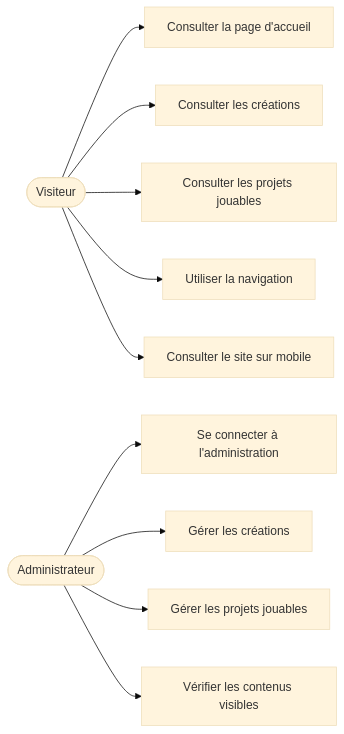
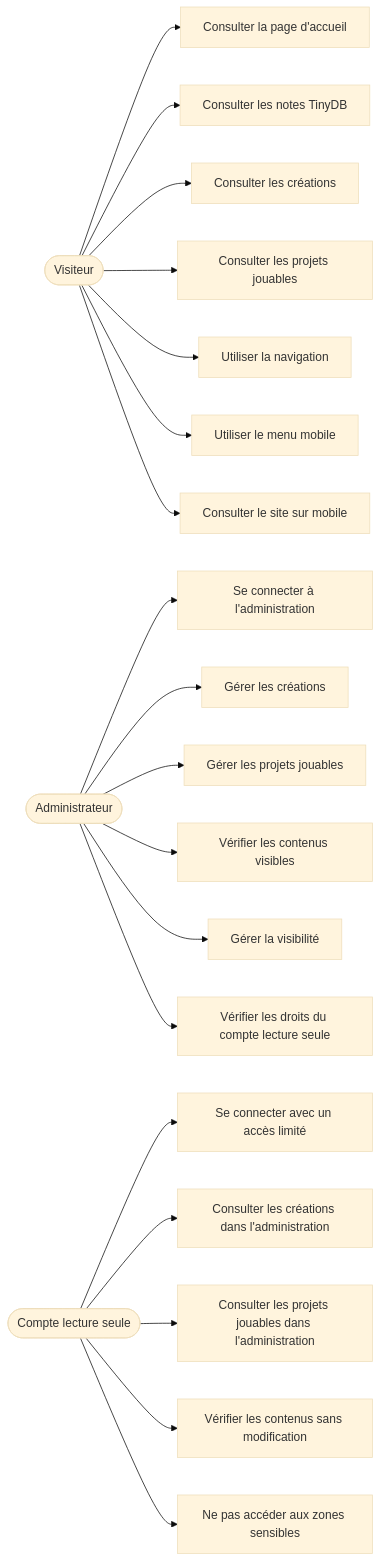
The diagram in docs/conception/cas-utilisation.md (Zero1366/frostia-games), drawn with Mermaid (base theme) before and after one commit. The commit also changed other lines of this file and 15 other files, not shown here.

````diff
--- a/docs/conception/cas-utilisation.md
+++ b/docs/conception/cas-utilisation.md
@@ -54,27 +90,48 @@
 ```mermaid
 flowchart LR
     Visiteur([Visiteur])
     Admin([Administrateur])
+    LectureSeule([Compte lecture seule])
 
     UC1[Consulter la page d'accueil]
-    UC2[Consulter les créations]
-    UC3[Consulter les projets jouables]
-    UC4[Utiliser la navigation]
-    UC5[Consulter le site sur mobile]
+    UC2[Consulter les notes TinyDB]
+    UC3[Consulter les créations]
+    UC4[Consulter les projets jouables]
+    UC5[Utiliser la navigation]
+    UC6[Utiliser le menu mobile]
+    UC7[Consulter le site sur mobile]
 
-    UC6[Se connecter à l'administration]
-    UC7[Gérer les créations]
-    UC8[Gérer les projets jouables]
-    UC9[Vérifier les contenus visibles]
+    UC8[Se connecter à l'administration]
+    UC9[Gérer les créations]
+    UC10[Gérer les projets jouables]
+    UC11[Vérifier les contenus visibles]
+    UC12[Gérer la visibilité]
+    UC13[Vérifier les droits du compte lecture seule]
+
+    UC14[Se connecter avec un accès limité]
+    UC15[Consulter les créations dans l'administration]
+    UC16[Consulter les projets jouables dans l'administration]
+    UC17[Vérifier les contenus sans modification]
+    UC18[Ne pas accéder aux zones sensibles]
 
     Visiteur --> UC1
     Visiteur --> UC2
     Visiteur --> UC3
     Visiteur --> UC4
     Visiteur --> UC5
+    Visiteur --> UC6
+    Visiteur --> UC7
 
-    Admin --> UC6
-    Admin --> UC7
     Admin --> UC8
     Admin --> UC9
+    Admin --> UC10
+    Admin --> UC11
+    Admin --> UC12
+    Admin --> UC13
+
+    LectureSeule --> UC14
+    LectureSeule --> UC15
+    LectureSeule --> UC16
+    LectureSeule --> UC17
+    LectureSeule --> UC18
 ```
````
